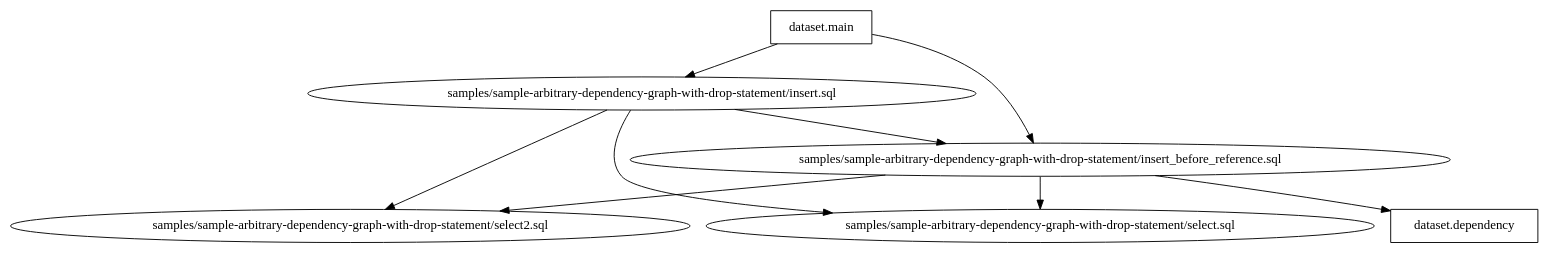
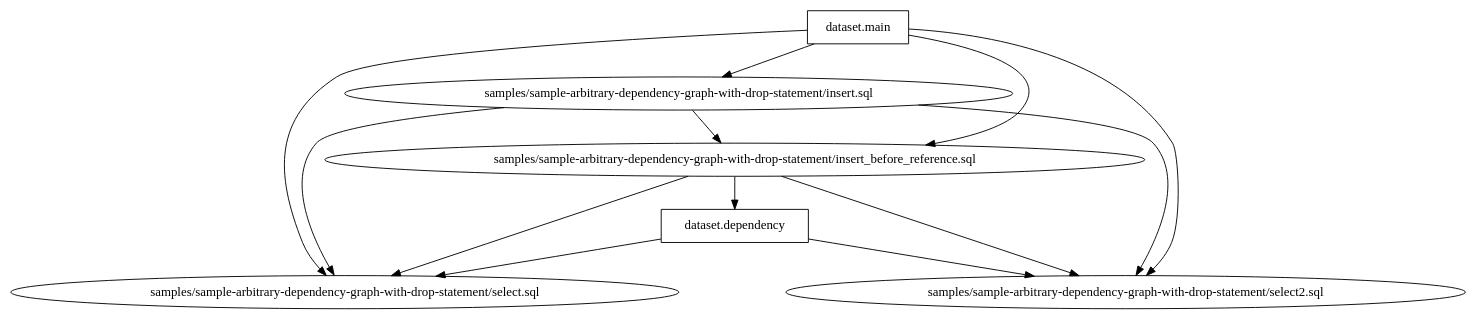
The diagram in samples/sample-arbitrary-dependency-graph-with-drop-statement/side_effect_first_with_tables/dag.dot (Matts966/alphasql), drawn with Graphviz before and after one commit. The commit also changed 20 other files, not shown here.

```diff
--- a/samples/sample-arbitrary-dependency-graph-with-drop-statement/side_effect_first_with_tables/dag.dot
+++ b/samples/sample-arbitrary-dependency-graph-with-drop-statement/side_effect_first_with_tables/dag.dot
@@ -1,16 +1,20 @@
 digraph G {
 0 [label="samples/sample-arbitrary-dependency-graph-with-drop-statement/insert.sql", shape="", type=query];
 1 [label="samples/sample-arbitrary-dependency-graph-with-drop-statement/insert_before_reference.sql", shape="", type=query];
 2 [label="samples/sample-arbitrary-dependency-graph-with-drop-statement/select.sql", shape="", type=query];
 3 [label="samples/sample-arbitrary-dependency-graph-with-drop-statement/select2.sql", shape="", type=query];
 4 [label="dataset.dependency", shape=box, type=table];
 5 [label="dataset.main", shape=box, type=table];
 0->2 ;
 0->3 ;
 0->1 ;
 1->4 ;
 1->2 ;
 1->3 ;
+4->2 ;
+4->3 ;
 5->0 ;
 5->1 ;
+5->2 ;
+5->3 ;
 }
```
